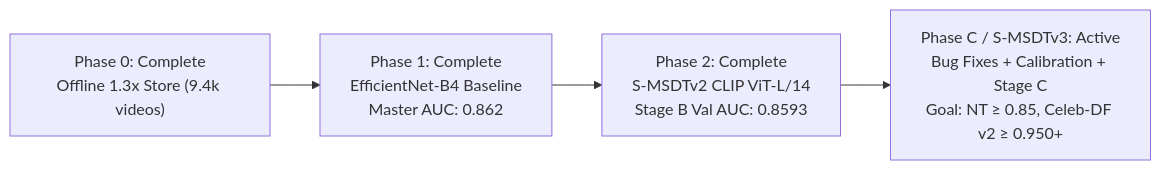
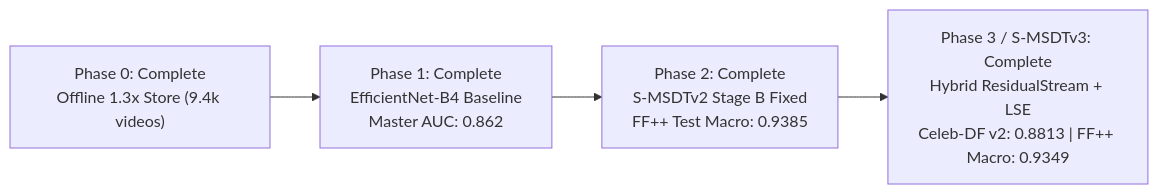
The diagram in README.md (sharadpolackalsunil/DeepFake), drawn with Mermaid before and after one commit. The commit also changed other lines of this file, not shown here.

Commit message:
docs: update README with S-MSDTv3 Stage C architecture, empirical results, and research report references

````diff
--- a/README.md
+++ b/README.md
@@ -57,6 +58,6 @@
 ```mermaid
 graph LR
     P0["Phase 0: Complete<br/>Offline 1.3x Store (9.4k videos)"] --> P1["Phase 1: Complete<br/>EfficientNet-B4 Baseline<br/>Master AUC: 0.862"]
-    P1 --> P2["Phase 2: Complete<br/>S-MSDTv2 CLIP ViT-L/14<br/>Stage B Val AUC: 0.8593"]
-    P2 --> P3["Phase C / S-MSDTv3: Active<br/>Bug Fixes + Calibration + Stage C<br/>Goal: NT ≥ 0.85, Celeb-DF v2 ≥ 0.950+"]
+    P1 --> P2["Phase 2: Complete<br/>S-MSDTv2 Stage B Fixed<br/>FF++ Test Macro: 0.9385"]
+    P2 --> P3["Phase 3 / S-MSDTv3: Complete<br/>Hybrid ResidualStream + LSE<br/>Celeb-DF v2: 0.8813 | FF++ Macro: 0.9349"]
 ```
````
